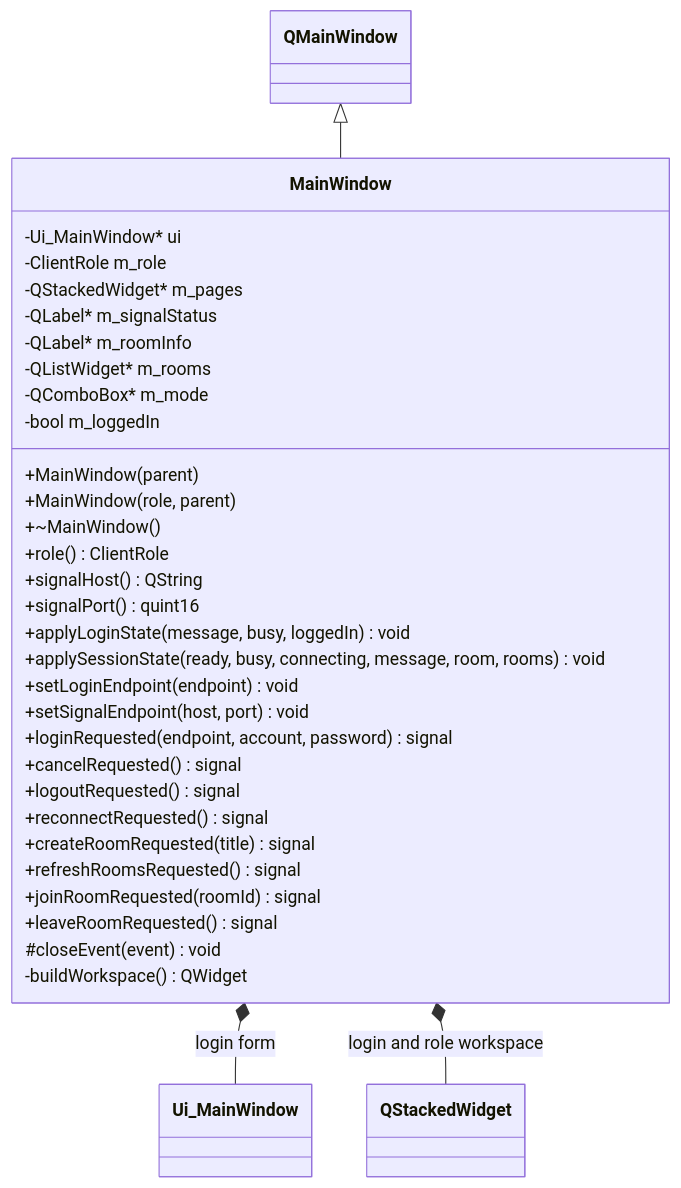
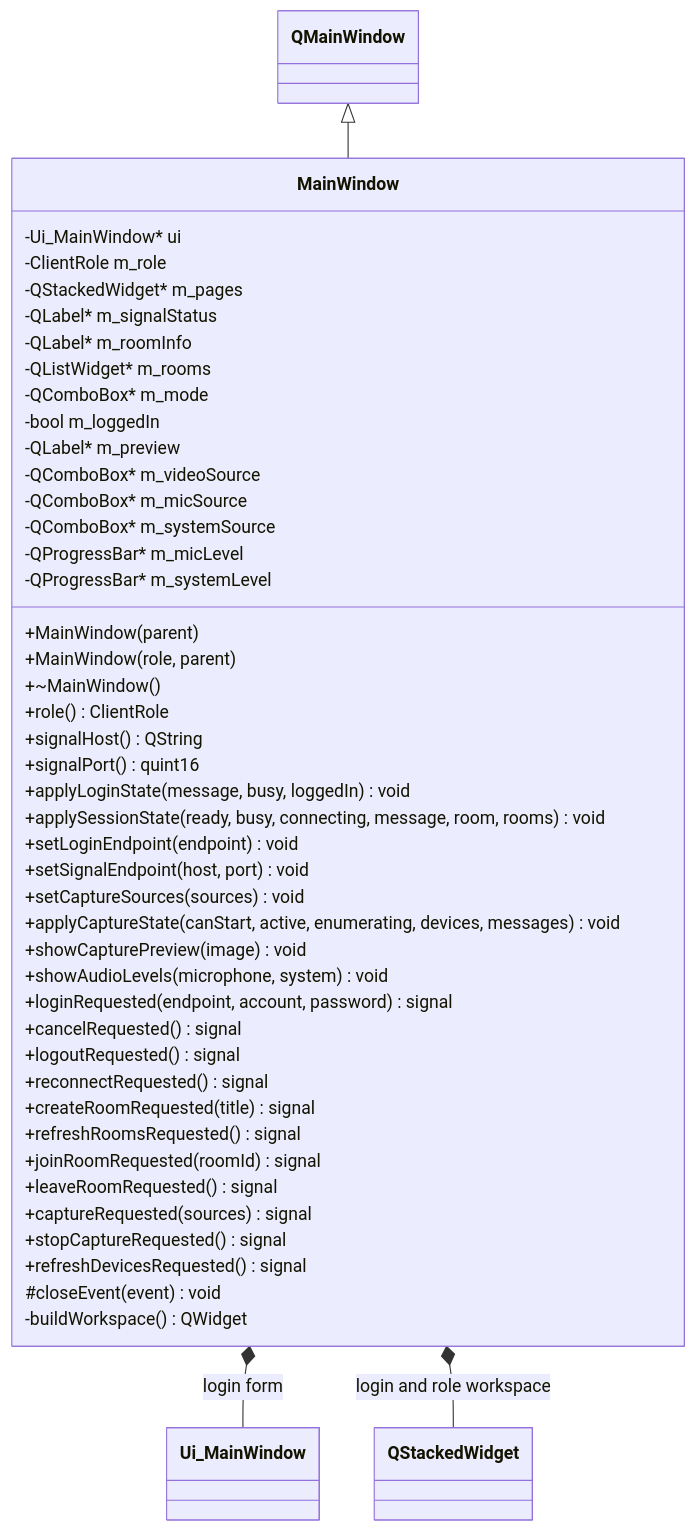
Before and after one commit to kingsman-svg/OBS: the diagram in docs/uml/MainWindow.mmd, drawn with Mermaid. The commit also changed 53 other files, not shown here.

```diff
--- a/docs/uml/MainWindow.mmd
+++ b/docs/uml/MainWindow.mmd
@@ -1,34 +1,47 @@
 classDiagram
 class MainWindow {
   -Ui_MainWindow* ui
   -ClientRole m_role
   -QStackedWidget* m_pages
   -QLabel* m_signalStatus
   -QLabel* m_roomInfo
   -QListWidget* m_rooms
   -QComboBox* m_mode
   -bool m_loggedIn
+  -QLabel* m_preview
+  -QComboBox* m_videoSource
+  -QComboBox* m_micSource
+  -QComboBox* m_systemSource
+  -QProgressBar* m_micLevel
+  -QProgressBar* m_systemLevel
   +MainWindow(parent)
   +MainWindow(role, parent)
   +~MainWindow()
   +role() ClientRole
   +signalHost() QString
   +signalPort() quint16
   +applyLoginState(message, busy, loggedIn) void
   +applySessionState(ready, busy, connecting, message, room, rooms) void
   +setLoginEndpoint(endpoint) void
   +setSignalEndpoint(host, port) void
+  +setCaptureSources(sources) void
+  +applyCaptureState(canStart, active, enumerating, devices, messages) void
+  +showCapturePreview(image) void
+  +showAudioLevels(microphone, system) void
   +loginRequested(endpoint, account, password) signal
   +cancelRequested() signal
   +logoutRequested() signal
   +reconnectRequested() signal
   +createRoomRequested(title) signal
   +refreshRoomsRequested() signal
   +joinRoomRequested(roomId) signal
   +leaveRoomRequested() signal
+  +captureRequested(sources) signal
+  +stopCaptureRequested() signal
+  +refreshDevicesRequested() signal
   #closeEvent(event) void
   -buildWorkspace() QWidget
 }
 QMainWindow <|-- MainWindow
 MainWindow *-- Ui_MainWindow : login form
 MainWindow *-- QStackedWidget : login and role workspace
```
